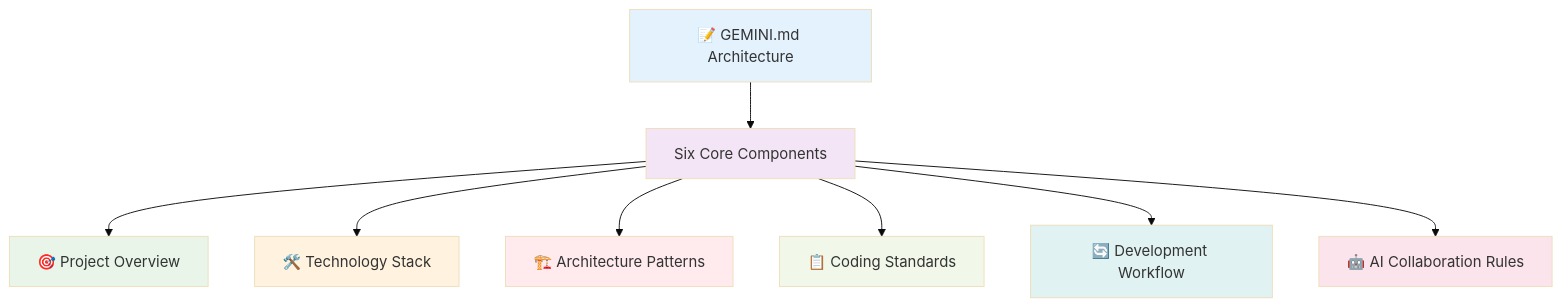
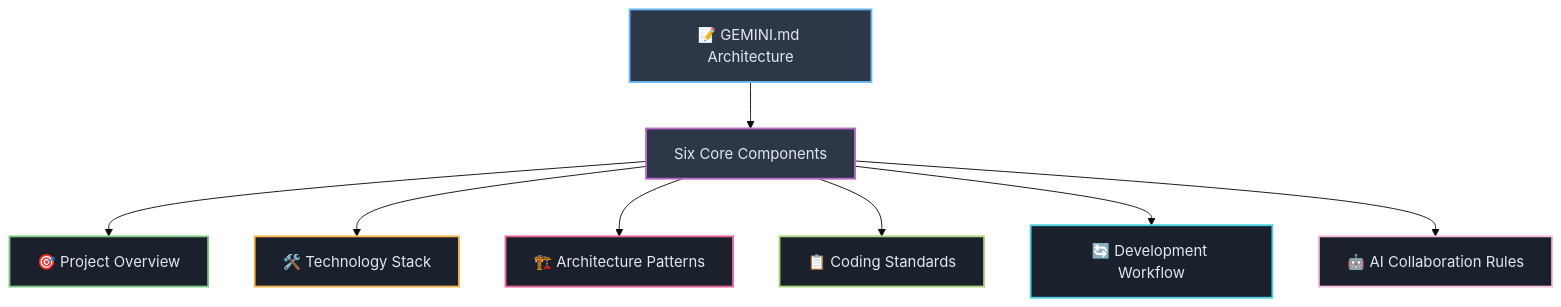
One commit to josemlopez/gemini_md_tutorial changed the third of 8 diagrams in README.md. Above: the diagram before and after it, drawn with Mermaid (base theme). The commit also changed other lines of this file, not shown here.

````diff
--- a/README.md
+++ b/README.md
@@ -146,20 +146,20 @@
 ```mermaid
 graph TB
     A[📝 GEMINI.md Architecture] --> B[Six Core Components]
     
     B --> C[🎯 Project Overview]
     B --> D[🛠️ Technology Stack]
     B --> E[🏗️ Architecture Patterns]
     B --> F[📋 Coding Standards]
     B --> G[🔄 Development Workflow]
     B --> H[🤖 AI Collaboration Rules]
     
-    style A fill:#e3f2fd
-    style B fill:#f3e5f5
-    style C fill:#e8f5e8
-    style D fill:#fff3e0
-    style E fill:#ffebee
-    style F fill:#f1f8e9
-    style G fill:#e0f2f1
-    style H fill:#fce4ec
+    style A fill:#2d3748,stroke:#64b5f6,stroke-width:2px,color:#e2e8f0
+    style B fill:#2d3748,stroke:#ba68c8,stroke-width:2px,color:#e2e8f0
+    style C fill:#1a202c,stroke:#81c784,stroke-width:2px,color:#e2e8f0
+    style D fill:#1a202c,stroke:#ffb74d,stroke-width:2px,color:#e2e8f0
+    style E fill:#1a202c,stroke:#f06292,stroke-width:2px,color:#e2e8f0
+    style F fill:#1a202c,stroke:#aed581,stroke-width:2px,color:#e2e8f0
+    style G fill:#1a202c,stroke:#4dd0e1,stroke-width:2px,color:#e2e8f0
+    style H fill:#1a202c,stroke:#f8bbd9,stroke-width:2px,color:#e2e8f0
 ```
````
